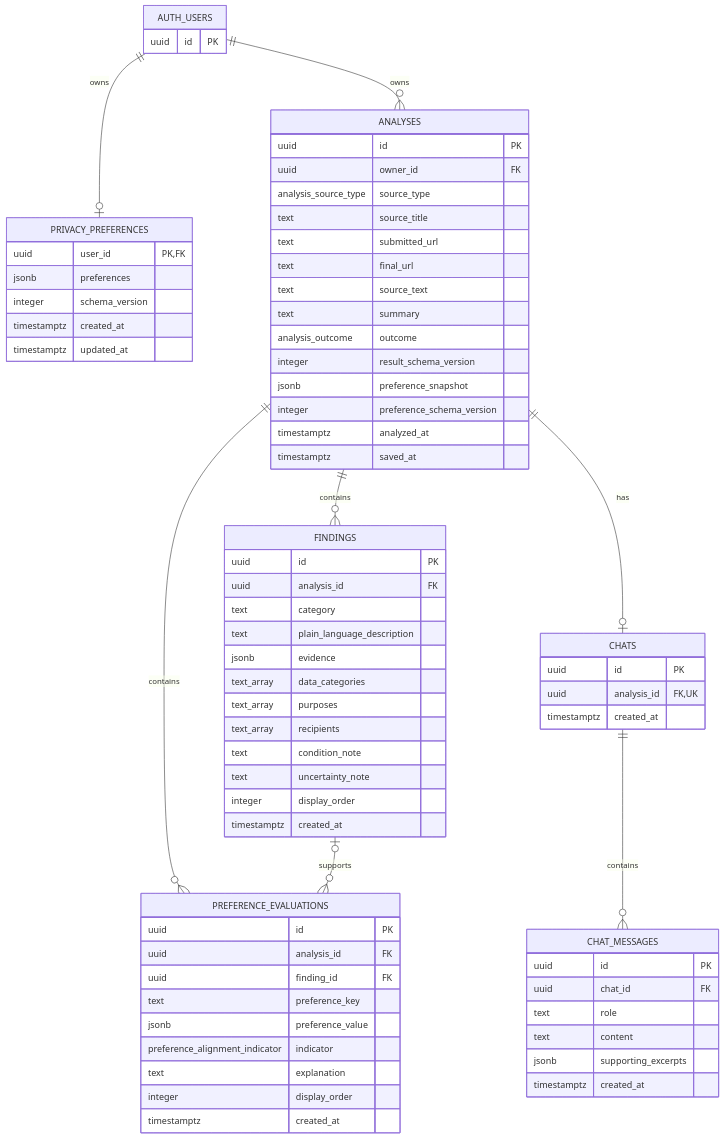
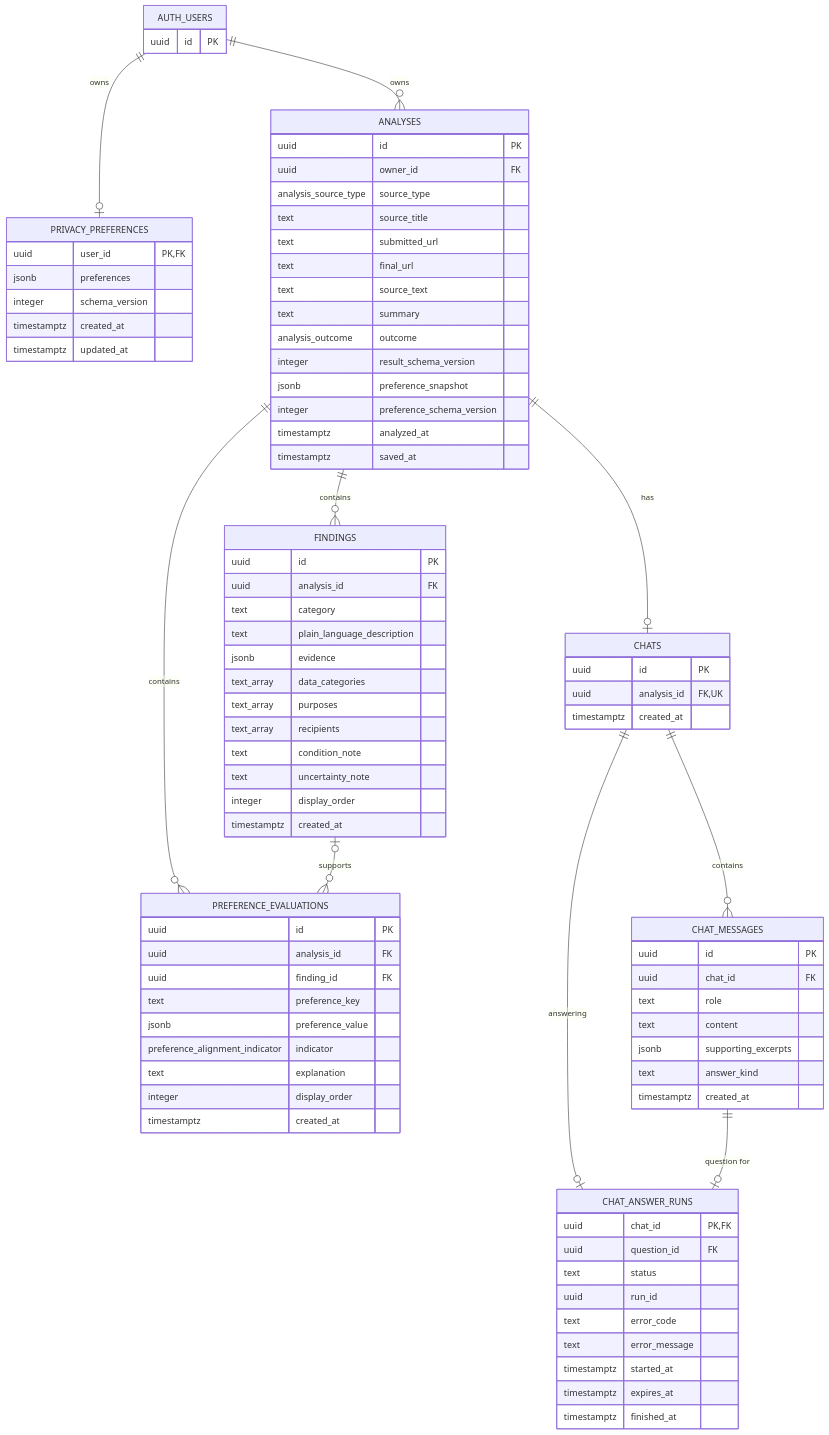
Before and after one commit to UNLV-CS472-672/2026-F-GROUP2-ClearConsent: the diagram in docs/database-design.md, drawn with Mermaid. The commit also changed other lines of this file and 1 other file, not shown here.

Commit message:
document the chat api and answer runs

````diff
--- a/docs/database-design.md
+++ b/docs/database-design.md
@@ -35,6 +35,8 @@
     FINDINGS o|--o{ PREFERENCE_EVALUATIONS : supports
     ANALYSES ||--o| CHATS : has
     CHATS ||--o{ CHAT_MESSAGES : contains
+    CHATS ||--o| CHAT_ANSWER_RUNS : "answering"
+    CHAT_MESSAGES ||--o| CHAT_ANSWER_RUNS : "question for"
 
     AUTH_USERS {
         uuid id PK
@@ -104,6 +106,19 @@
         text role
         text content
         jsonb supporting_excerpts
+        text answer_kind
         timestamptz created_at
     }
+
+    CHAT_ANSWER_RUNS {
+        uuid chat_id PK, FK
+        uuid question_id FK
+        text status
+        uuid run_id
+        text error_code
+        text error_message
+        timestamptz started_at
+        timestamptz expires_at
+        timestamptz finished_at
+    }
 ```
````
